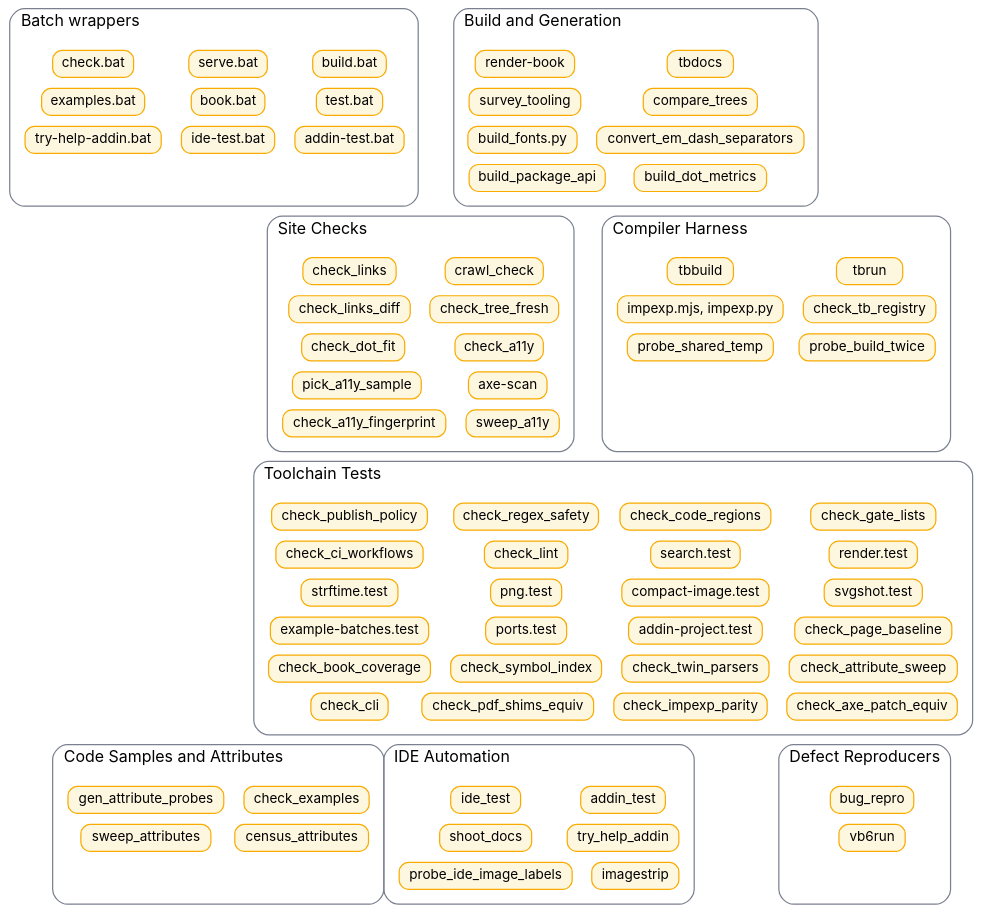
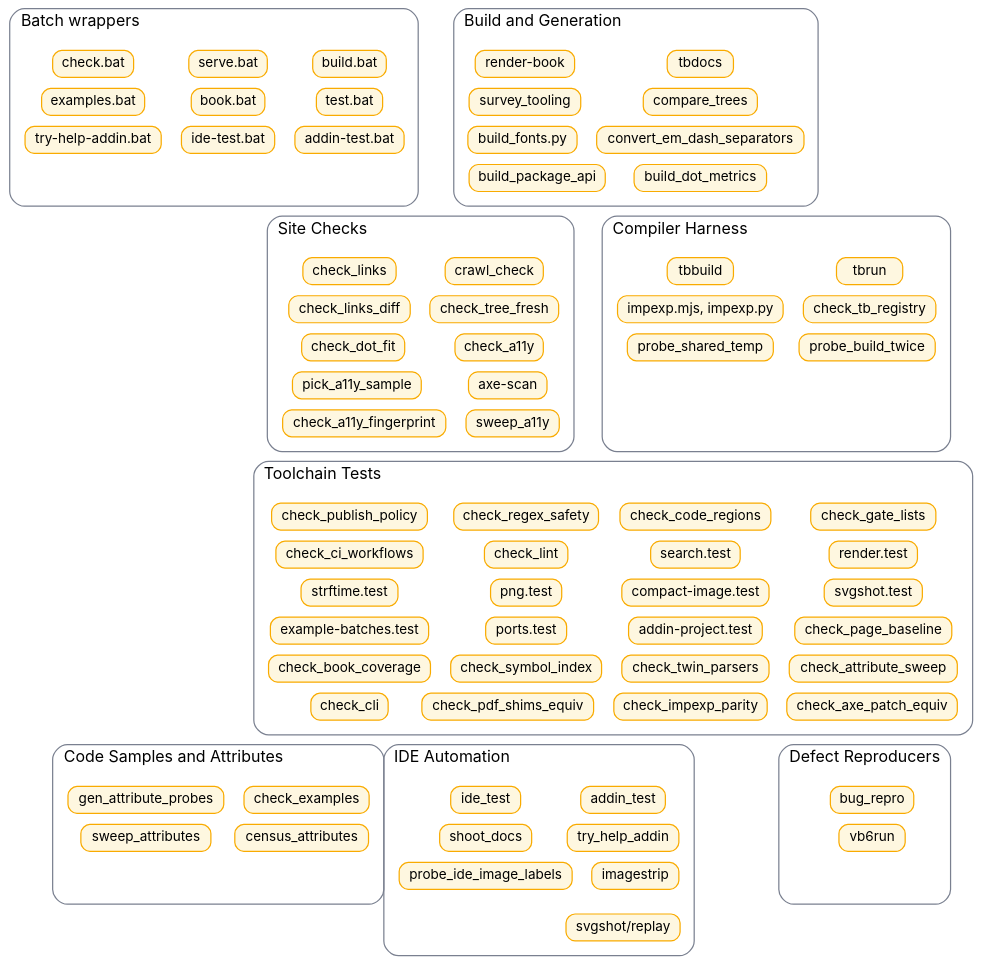
One commit to KubaO/twinBASIC-docs changed the diagram in docs/Documentation/Images/Tools-Groups.dot. Above: the diagram before and after it, drawn with Graphviz. The commit also changed 114 other files, not shown here.

```diff
--- a/docs/Documentation/Images/Tools-Groups.dot
+++ b/docs/Documentation/Images/Tools-Groups.dot
@@ -1,175 +1,178 @@
 // Source for Tools-Groups.svg, the map of the Tools and Scripts pages: one
 // cluster per group page, one node per tool. The SVG is a build artifact:
 // tbdocs regenerates it whenever this file is newer.
 //
 // There are no real edges. The invisible ones only lay the nodes out: a chain
 // inside a cluster stacks a column, a rank=same block holds a row of the
 // cluster together, and an edge from the bottom of one row of clusters to the
 // top of the next puts that row below it. A tool added to a page goes into its
 // cluster's chains and rows; keep the columns of a cluster within one node of
 // the same length.
 //
 // The clusters side by side in one row must have the same number of node rows.
 // dot spaces its ranks for the whole graph, so where a shorter cluster ends,
 // the gap its border needs opens inside its taller neighbour too. The
 // invisible nodes (wp, cp1, cp2, ep, dp) pad the shorter ones.
 //
 // Graphviz has no font machinery and would otherwise measure these labels
 // with Times; builder/dot-metrics.mjs installs Inter's real widths before
 // layout, and scripts/check_dot_fit.mjs asserts afterwards that no label
 // outgrew its box. See WIP.md, "Diagrams".
 
 digraph tools_groups {
     rankdir=TB
     bgcolor="transparent"
     nodesep=0.22
     ranksep=0.12
     newrank=true
 
     node [
         shape=box
         style="rounded,filled"
         fontname="Inter,system-ui,-apple-system,Segoe UI,sans-serif"
         fontsize=11
         margin="0.10,0.04"
         height=0.3
         fillcolor="#fef7e0"
         color="#f9ab00"
     ]
     // Heavy, so that a column stays packed rather than stretching towards the
     // light edges that place the next row of clusters.
     edge [style=invis weight=20]
     graph [
         color="#7a8090"
         fontname="Inter,system-ui,-apple-system,Segoe UI,sans-serif"
         fontsize=13
         style="rounded"
         labeljust="l"
         margin=0
     ]
 
     // ---- row 1 ----
     subgraph cluster_wrappers {
         margin=12
         label="Batch wrappers"
         w1 [label="build.bat"]      w2 [label="serve.bat"]          w3 [label="check.bat"]
         w4 [label="test.bat"]       w5 [label="book.bat"]           w6 [label="examples.bat"]
         w7 [label="addin-test.bat"] w8 [label="ide-test.bat"]       w9 [label="try-help-addin.bat"]
         wp [style=invis label=""]
         w1 -> w4 -> w7 -> wp
         w2 -> w5 -> w8
         w3 -> w6 -> w9
         { rank=same; w4 w5 w6 }
         { rank=same; w7 w8 w9 }
     }
     subgraph cluster_build {
         margin=12
         label="Build and Generation"
         b1 [label="tbdocs"]         b2 [label="render-book"]
         b3 [label="compare_trees"]  b4 [label="survey_tooling"]
         b5 [label="convert_em_dash_separators"] b6 [label="build_fonts.py"]
         b7 [label="build_dot_metrics"] b8 [label="build_package_api"]
         b1 -> b3 -> b5 -> b7
         b2 -> b4 -> b6 -> b8
         { rank=same; b3 b4 }
         { rank=same; b5 b6 }
         { rank=same; b7 b8 }
     }
 
     // ---- row 2 ----
     subgraph cluster_site {
         margin=12
         label="Site Checks"
         s1 [label="check_links"]        s2 [label="crawl_check"]
         s3 [label="check_links_diff"]   s4 [label="check_tree_fresh"]
         s5 [label="check_dot_fit"]      s6 [label="check_a11y"]
         s7 [label="pick_a11y_sample"]   s8 [label="axe-scan"]
         s9 [label="check_a11y_fingerprint"] s10 [label="sweep_a11y"]
         s1 -> s3 -> s5 -> s7 -> s9
         s2 -> s4 -> s6 -> s8 -> s10
         { rank=same; s3 s4 }
         { rank=same; s5 s6 }
         { rank=same; s7 s8 }
         { rank=same; s9 s10 }
     }
     subgraph cluster_compiler {
         margin=12
         label="Compiler Harness"
         c1 [label="tbbuild"]            c2 [label="tbrun"]
         c3 [label="impexp.mjs, impexp.py"] c4 [label="check_tb_registry"]
         c5 [label="probe_shared_temp"]  c6 [label="probe_build_twice"]
         cp1 [style=invis label=""]  cp2 [style=invis label=""]
         c1 -> c3 -> c5 -> cp1 -> cp2
         c2 -> c4 -> c6
         { rank=same; c3 c4 }
         { rank=same; c5 c6 }
     }
 
     // ---- row 3 ----
     subgraph cluster_tests {
         margin=12
         label="Toolchain Tests"
         t1  [label="check_publish_policy"] t2  [label="check_regex_safety"]
         t3  [label="check_code_regions"]   t4  [label="check_gate_lists"]
         t5  [label="check_ci_workflows"]   t6  [label="check_lint"]
         t7  [label="search.test"]          t8  [label="render.test"]
         t9  [label="strftime.test"]        t10 [label="png.test"]
         t11 [label="compact-image.test"]   t12 [label="svgshot.test"]
         t13 [label="example-batches.test"] t14 [label="ports.test"]
         t15 [label="addin-project.test"]   t16 [label="check_page_baseline"]
         t17 [label="check_book_coverage"]  t18 [label="check_symbol_index"]
         t19 [label="check_twin_parsers"]   t20 [label="check_attribute_sweep"]
         t21 [label="check_cli"]            t22 [label="check_pdf_shims_equiv"]
         t23 [label="check_impexp_parity"]  t24 [label="check_axe_patch_equiv"]
         t1 -> t5 -> t9  -> t13 -> t17 -> t21
         t2 -> t6 -> t10 -> t14 -> t18 -> t22
         t3 -> t7 -> t11 -> t15 -> t19 -> t23
         t4 -> t8 -> t12 -> t16 -> t20 -> t24
         { rank=same; t5  t6  t7  t8  }
         { rank=same; t9  t10 t11 t12 }
         { rank=same; t13 t14 t15 t16 }
         { rank=same; t17 t18 t19 t20 }
         { rank=same; t21 t22 t23 t24 }
     }
 
     // ---- row 4 ----
     subgraph cluster_samples {
         margin=12
         label="Code Samples and Attributes"
         e1 [label="check_examples"]     e2 [label="gen_attribute_probes"]
         e3 [label="census_attributes"]  e4 [label="sweep_attributes"]
         ep [style=invis label=""]
         e1 -> e3 -> ep
         e2 -> e4
         { rank=same; e3 e4 }
     }
     subgraph cluster_ide {
         margin=12
         label="IDE Automation"
         i1 [label="addin_test"]     i2 [label="ide_test"]
         i3 [label="try_help_addin"] i4 [label="shoot_docs"]
         i5 [label="imagestrip"]     i6 [label="probe_ide_image_labels"]
-        i1 -> i3 -> i5
-        i2 -> i4 -> i6
+        i7 [label="svgshot/replay"]
+        ip [style=invis label=""]
+        i1 -> i3 -> i5 -> i7
+        i2 -> i4 -> i6 -> ip
         { rank=same; i3 i4 }
         { rank=same; i5 i6 }
+        { rank=same; i7 ip }
     }
     subgraph cluster_defects {
         margin=12
         label="Defect Reproducers"
         d1 [label="bug_repro"]
         d2 [label="vb6run"]
         dp [style=invis label=""]
         d1 -> d2 -> dp
     }
 
     // ---- rows ----
     { rank=same; w1 w2 w3 b1 b2 }
     { rank=same; s1 s2 c1 c2 }
     { rank=same; t1 t2 t3 t4 }
     { rank=same; e1 e2 i1 i2 d1 }
     edge [weight=1]
     wp -> s1    b7 -> c1
     s9 -> t1    s10 -> t2   cp2 -> t3   c6 -> t4
     t21 -> e1   t22 -> i1   t24 -> d1
 }
```
